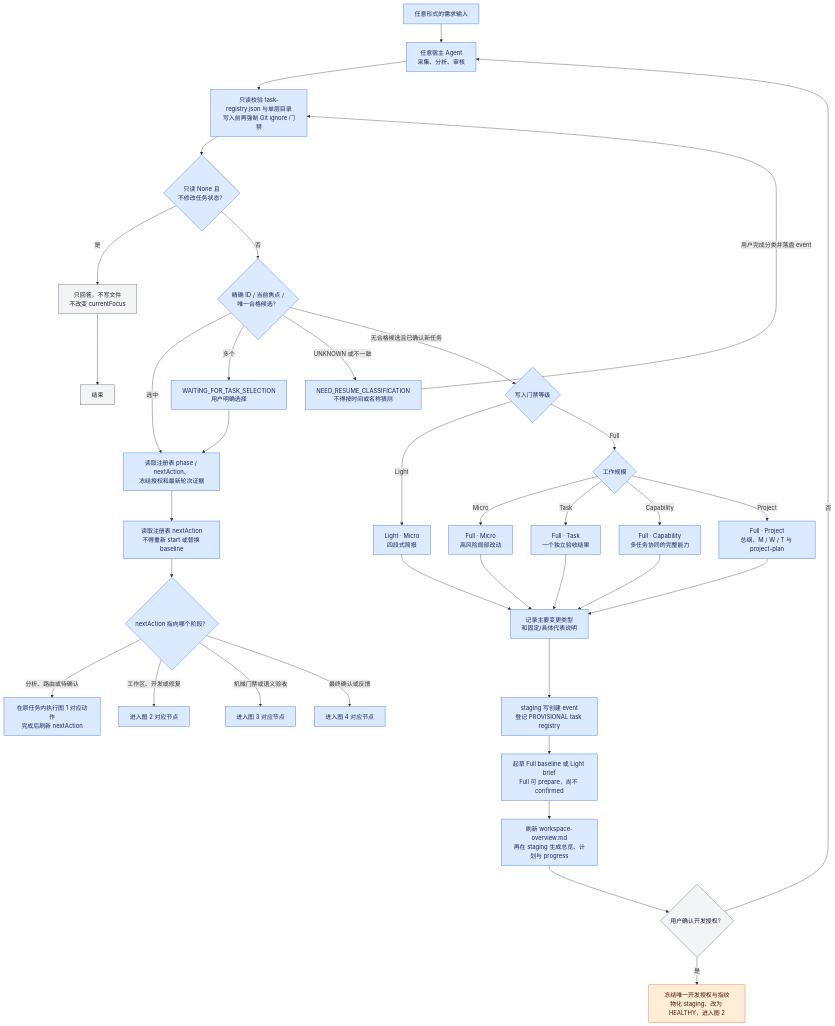
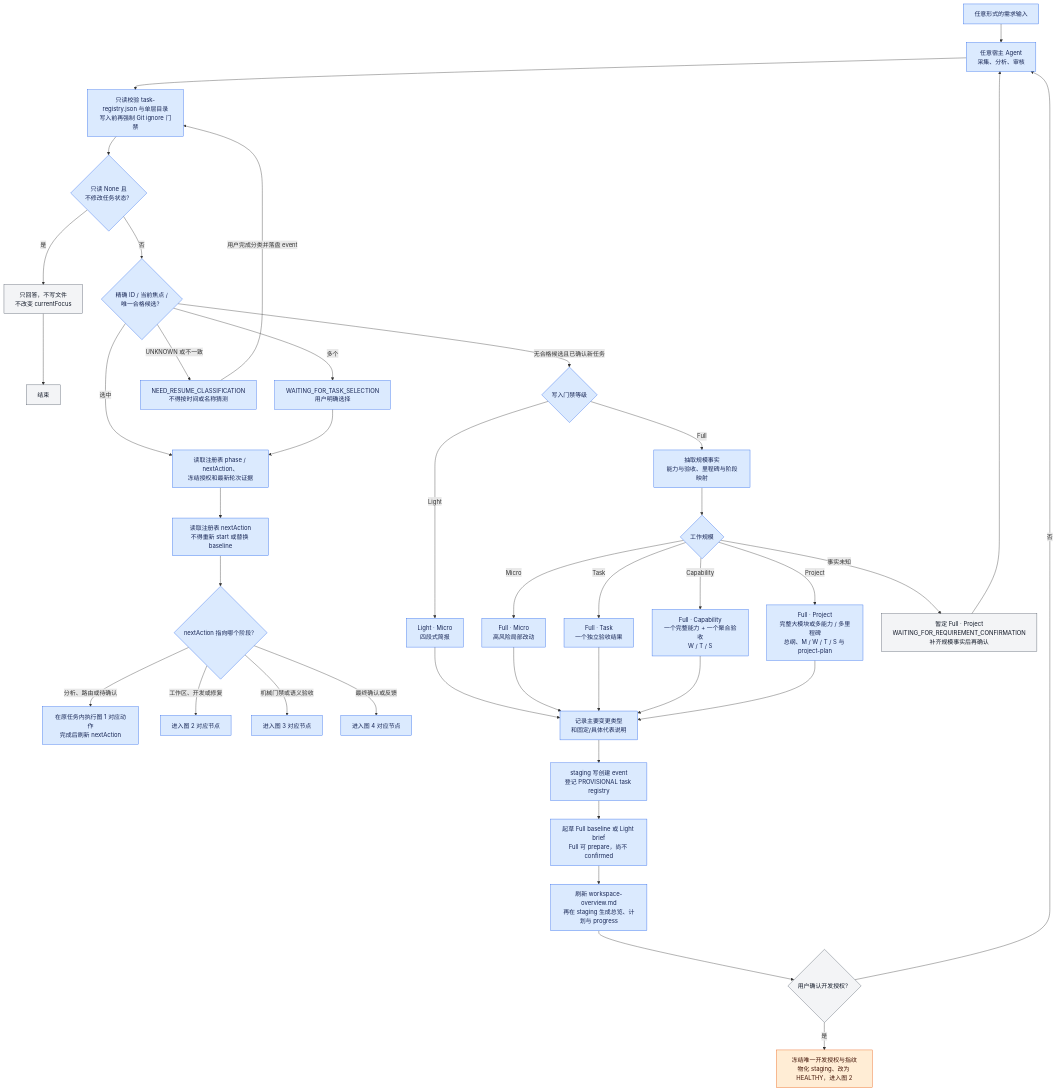
The second of 5 diagrams in skills/gated-ai-dev-loop/references/workflow.md (feng123321li/gated-ai-dev-loop), drawn with Mermaid before and after one commit. The commit also changed other lines of this file and 8 other files, not shown here.

````diff
--- a/skills/gated-ai-dev-loop/references/workflow.md
+++ b/skills/gated-ai-dev-loop/references/workflow.md
@@ -49,49 +49,52 @@
 ```mermaid
 flowchart TD
     INPUT["任意形式的需求输入"] --> HOST["任意宿主 Agent<br/>采集、分析、审核"]
     HOST --> REGISTRY["只读校验 task-registry.json 与单层目录<br/>写入前再强制 Git ignore 门禁"]
     REGISTRY --> READ_ONLY{"只读 None 且<br/>不修改任务状态？"}
     READ_ONLY -->|是| NONE["只回答，不写文件<br/>不改变 currentFocus"]
     NONE --> END["结束"]
     READ_ONLY -->|否| RECOVER{"精确 ID / 当前焦点 /<br/>唯一合格候选？"}
 
     RECOVER -->|选中| RESUME["读取注册表 phase / nextAction、<br/>冻结授权和最新轮次证据"]
     RECOVER -->|多个| TASK_SELECT["WAITING_FOR_TASK_SELECTION<br/>用户明确选择"]
     TASK_SELECT --> RESUME
     RECOVER -->|UNKNOWN 或不一致| CLASSIFY["NEED_RESUME_CLASSIFICATION<br/>不得按时间或名称猜测"]
     CLASSIFY -->|用户完成分类并落盘 event| REGISTRY
     RESUME --> RECOVERED_ACTION["读取注册表 nextAction<br/>不得重新 start 或替换 baseline"]
     RECOVERED_ACTION --> NEXT_ACTION{"nextAction 指向哪个阶段？"}
     NEXT_ACTION -->|分析、路由或待确认| STAGE1["在原任务内执行图 1 对应动作<br/>完成后刷新 nextAction"]
     NEXT_ACTION -->|工作区、开发或修复| STAGE2["进入图 2 对应节点"]
     NEXT_ACTION -->|机械门禁或语义验收| STAGE3["进入图 3 对应节点"]
     NEXT_ACTION -->|最终确认或反馈| STAGE4["进入图 4 对应节点"]
 
     RECOVER -->|无合格候选且已确认新任务| ROUTE{"写入门禁等级"}
     ROUTE -->|Light| MICRO_LIGHT["Light · Micro<br/>四段式简报"]
-    ROUTE -->|Full| SCALE{"工作规模"}
+    ROUTE -->|Full| SCALE_FACTS["抽取规模事实<br/>能力与验收、里程碑与阶段映射"]
+    SCALE_FACTS --> SCALE{"工作规模"}
     SCALE -->|Micro| MICRO_FULL["Full · Micro<br/>高风险局部改动"]
     SCALE -->|Task| TASK["Full · Task<br/>一个独立验收结果"]
-    SCALE -->|Capability| CAPABILITY["Full · Capability<br/>多任务协同的完整能力"]
-    SCALE -->|Project| PROJECT["Full · Project<br/>总纲、M / W / T 与 project-plan"]
+    SCALE -->|Capability| CAPABILITY["Full · Capability<br/>一个完整能力 + 一个聚合验收<br/>W / T / S"]
+    SCALE -->|Project| PROJECT["Full · Project<br/>完整大模块或多能力 / 多里程碑<br/>总纲、M / W / T / S 与 project-plan"]
+    SCALE -->|事实未知| SCALE_WAIT["暂定 Full · Project<br/>WAITING_FOR_REQUIREMENT_CONFIRMATION<br/>补齐规模事实后再确认"]
+    SCALE_WAIT --> HOST
 
     MICRO_LIGHT --> KIND["记录主要变更类型<br/>和固定/具体代表说明"]
     MICRO_FULL --> KIND
     TASK --> KIND
     CAPABILITY --> KIND
     PROJECT --> KIND
     KIND --> RUNTIME["staging 写创建 event<br/>登记 PROVISIONAL task registry"]
     RUNTIME --> AUTHORIZE["起草 Full baseline 或 Light brief<br/>Full 可 prepare，尚不 confirmed"]
     AUTHORIZE --> TRACK["刷新 workspace-overview.md<br/>再在 staging 生成总览、计划与 progress"]
     TRACK --> CONFIRM{"用户确认开发授权？"}
     CONFIRM -->|否| HOST
     CONFIRM -->|是| FREEZE["冻结唯一开发授权与指纹<br/>物化 staging、改为 HEALTHY，进入图 2"]
 
     classDef host fill:#dbeafe,stroke:#2563eb,color:#172554;
     classDef gate fill:#ffedd5,stroke:#ea580c,color:#431407;
     classDef human fill:#f3f4f6,stroke:#4b5563,color:#111827;
 
-    class INPUT,HOST,REGISTRY,READ_ONLY,RECOVER,RESUME,TASK_SELECT,CLASSIFY,RECOVERED_ACTION,NEXT_ACTION,STAGE1,STAGE2,STAGE3,STAGE4,ROUTE,SCALE,MICRO_LIGHT,MICRO_FULL,TASK,CAPABILITY,PROJECT,KIND,RUNTIME,AUTHORIZE,TRACK host;
+    class INPUT,HOST,REGISTRY,READ_ONLY,RECOVER,RESUME,TASK_SELECT,CLASSIFY,RECOVERED_ACTION,NEXT_ACTION,STAGE1,STAGE2,STAGE3,STAGE4,ROUTE,SCALE_FACTS,SCALE,MICRO_LIGHT,MICRO_FULL,TASK,CAPABILITY,PROJECT,KIND,RUNTIME,AUTHORIZE,TRACK host;
     class FREEZE gate;
-    class NONE,END,CONFIRM human;
+    class NONE,END,SCALE_WAIT,CONFIRM human;
 ```
````
